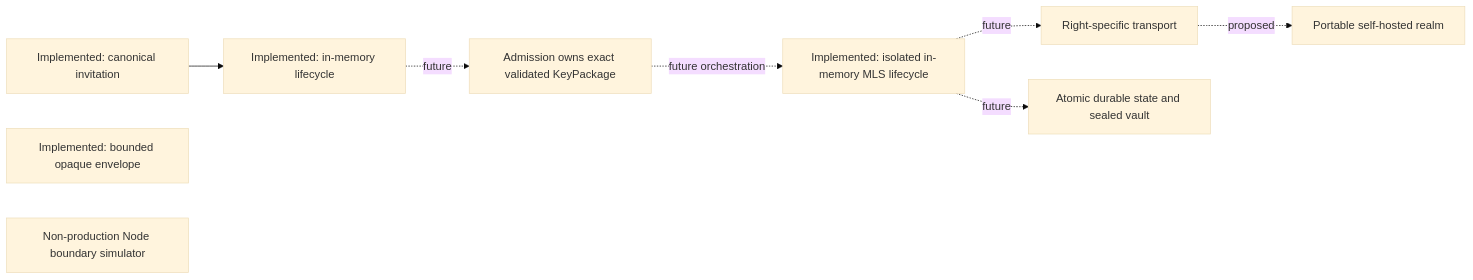
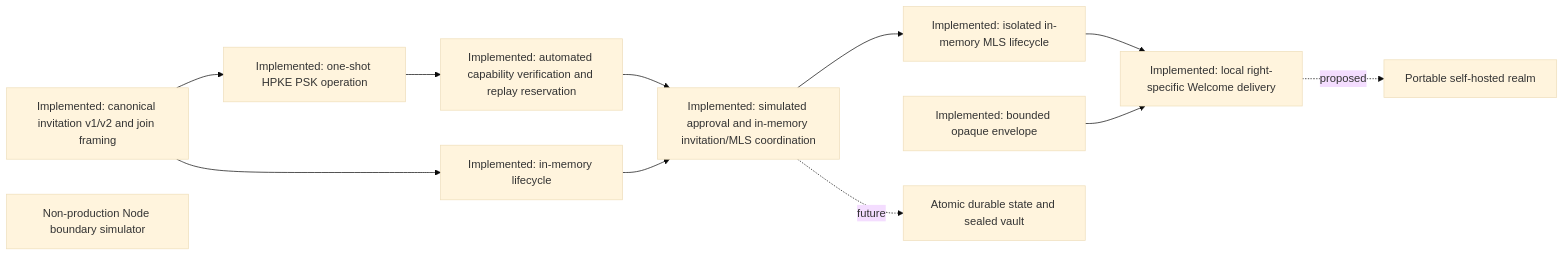
One commit to dills122/session-chat changed the diagram in docs/INDEPENDENT_AUDIT_BRIEF.md. Above: the diagram before and after it, drawn with Mermaid (base theme). The commit also changed other lines of this file and 56 other files, not shown here.

First line of the commit message:
Build protected capability joins and atomic inviter transactions (#257)

````diff
--- a/docs/INDEPENDENT_AUDIT_BRIEF.md
+++ b/docs/INDEPENDENT_AUDIT_BRIEF.md
@@ -60,12 +84,16 @@
 ```mermaid
 flowchart LR
-  I["Implemented: canonical invitation"] --> R["Implemented: in-memory lifecycle"]
+  I["Implemented: canonical invitation v1/v2 and join framing"] --> P["Implemented: one-shot HPKE PSK operation"]
+  P --> C["Implemented: automated capability verification and replay reservation"]
+  I --> R["Implemented: in-memory lifecycle"]
   E["Implemented: bounded opaque envelope"]
   M["Implemented: isolated in-memory MLS lifecycle"]
   N["Non-production Node boundary simulator"]
-  R -. future .-> A["Admission owns exact validated KeyPackage"]
-  A -. future orchestration .-> M
-  M -. future .-> T["Right-specific transport"]
-  M -. future .-> V["Atomic durable state and sealed vault"]
+  C --> A["Implemented: simulated approval and in-memory invitation/MLS coordination"]
+  R --> A
+  A --> M
+  M --> T["Implemented: local right-specific Welcome delivery"]
+  E --> T
+  A -. future .-> V["Atomic durable state and sealed vault"]
   T -. proposed .-> H["Portable self-hosted realm"]
 ```
````
